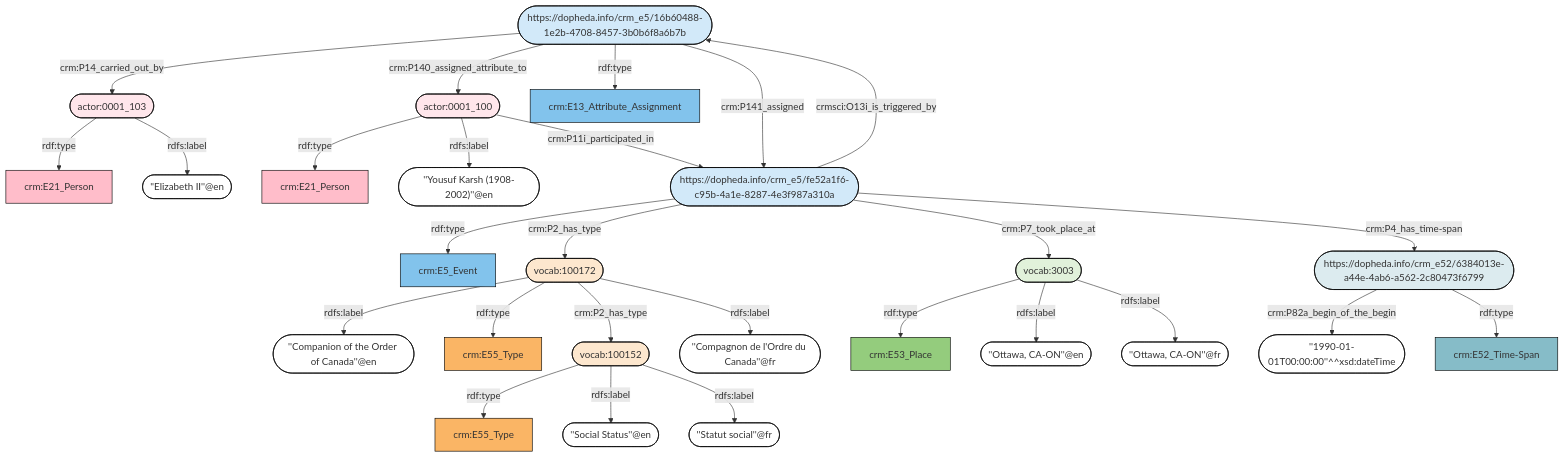
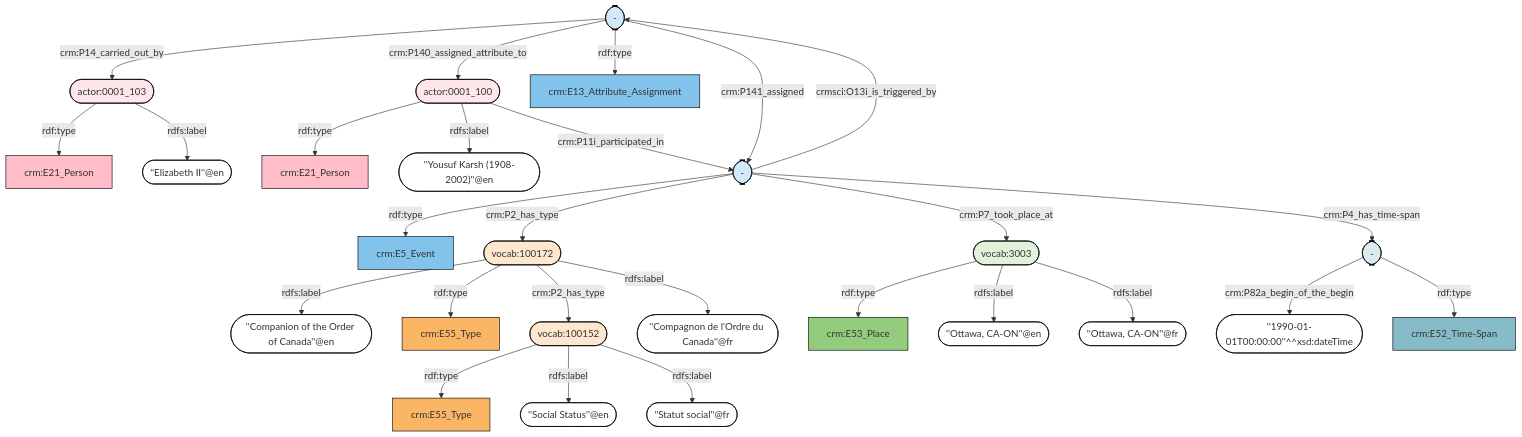
The diagram in docs/examples/mmd/0001_100_social-status.mmd (chin-rcip/collections-model), drawn with Mermaid before and after one commit.

Commit message:
Replace UUID uri with dash for SStatus example 1

```diff
--- a/docs/examples/mmd/0001_100_social-status.mmd
+++ b/docs/examples/mmd/0001_100_social-status.mmd
@@ -1,53 +1,53 @@
 flowchart TD
 classDef Literal fill:#ffffff,stroke:#000000,color:;
 classDef Literal_URI fill:#ffffff,stroke:#000000,color:;
 classDef crm_E1_CRM_Entity fill:#ffffff,stroke:#000000,color:;
 classDef crm_E1_CRM_Entity_URI fill:#ffffff,stroke:#000000,color:;
 classDef crm_E2_Temporal_Entity fill:#82c3ec,stroke:#000000,color:;
 classDef crm_E2_Temporal_Entity_URI fill:#d2e9f9,stroke:#000000,color:;
 classDef crm_E55_Type fill:#fab565,stroke:#000000,color:;
 classDef crm_E55_Type_URI fill:#fde7ce,stroke:#000000,color:;
 classDef crm_E52_Time-Span fill:#86bcc8,stroke:#000000,color:;
 classDef crm_E52_Time-Span_URI fill:#dcebef,stroke:#000000,color:;
 classDef crm_E41_Appellation fill:#fef3ba,stroke:#000000,color:;
 classDef crm_E41_Appellation_URI fill:#fffae6,stroke:#000000,color:;
 classDef crm_E53_Place fill:#94cc7d,stroke:#000000,color:;
 classDef crm_E53_Place_URI fill:#e1f1da,stroke:#000000,color:;
 classDef crm_E77_Persistent_Item fill:#ffffff,stroke:#000000,color:;
 classDef crm_E77_Persistent_Item_URI fill:#ffffff,stroke:#000000,color:;
 classDef crm_E28_Conceptual_Object fill:#fddc34,stroke:#000000,color:;
 classDef crm_E28_Conceptual_Object_URI fill:#fef6cd,stroke:#000000,color:;
 classDef crm_E18_Physical_Thing fill:#e1ba9c,stroke:#000000,color:;
 classDef crm_E18_Physical_Thing_URI fill:#f3e5d8,stroke:#000000,color:;
 classDef crm_E39_Actor fill:#ffbdca,stroke:#000000,color:;
 classDef crm_E39_Actor_URI fill:#ffe6eb,stroke:#000000,color:;
 classDef crm_PC0_Typed_CRM_Property fill:#cc80ff,stroke:#000000,color:;
 classDef crm_PC0_Typed_CRM_Property_URI fill:#ebccff,stroke:#000000,color:;
 classDef Multi fill:#cccccc,stroke:#000000,color:;
 classDef Multi_URI fill:#cccccc,stroke:#000000,color:;
 0(["vocab:100172"]) -->|rdfs:label| 1(["''Companion of the Order of Canada''@en"]):::Literal
-2(["https://dopheda.info/crm_e52/6384013e-a44e-4ab6-a562-2c80473f6799"]) -->|crm:P82a_begin_of_the_begin| 3(["''1990-01-01T00:00:00''^^xsd:dateTime"]):::Literal
+2(["-"]) -->|crm:P82a_begin_of_the_begin| 3(["''1990-01-01T00:00:00''^^xsd:dateTime"]):::Literal
 4(["actor:0001_103"]):::crm_E39_Actor_URI -->|rdf:type| 5["crm:E21_Person"]:::crm_E39_Actor
 6(["vocab:100152"]):::crm_E55_Type_URI -->|rdf:type| 7["crm:E55_Type"]:::crm_E55_Type
 0(["vocab:100172"]):::crm_E55_Type_URI -->|rdf:type| 8["crm:E55_Type"]:::crm_E55_Type
-9(["https://dopheda.info/crm_e5/16b60488-1e2b-4708-8457-3b0b6f8a6b7b"]) -->|crm:P14_carried_out_by| 4(["actor:0001_103"])
+9(["-"]) -->|crm:P14_carried_out_by| 4(["actor:0001_103"])
 10(["vocab:3003"]):::crm_E53_Place_URI -->|rdf:type| 11["crm:E53_Place"]:::crm_E53_Place
-12(["https://dopheda.info/crm_e5/fe52a1f6-c95b-4a1e-8287-4e3f987a310a"]):::crm_E2_Temporal_Entity_URI -->|rdf:type| 13["crm:E5_Event"]:::crm_E2_Temporal_Entity
-12(["https://dopheda.info/crm_e5/fe52a1f6-c95b-4a1e-8287-4e3f987a310a"]) -->|crm:P2_has_type| 0(["vocab:100172"])
+12(["-"]):::crm_E2_Temporal_Entity_URI -->|rdf:type| 13["crm:E5_Event"]:::crm_E2_Temporal_Entity
+12(["-"]) -->|crm:P2_has_type| 0(["vocab:100172"])
 14(["actor:0001_100"]):::crm_E39_Actor_URI -->|rdf:type| 15["crm:E21_Person"]:::crm_E39_Actor
-12(["https://dopheda.info/crm_e5/fe52a1f6-c95b-4a1e-8287-4e3f987a310a"]) -->|crm:P7_took_place_at| 10(["vocab:3003"])
+12(["-"]) -->|crm:P7_took_place_at| 10(["vocab:3003"])
 0(["vocab:100172"]) -->|crm:P2_has_type| 6(["vocab:100152"])
 14(["actor:0001_100"]) -->|rdfs:label| 16(["''Yousuf Karsh (1908-2002)''@en"]):::Literal
 6(["vocab:100152"]) -->|rdfs:label| 17(["''Social Status''@en"]):::Literal
-9(["https://dopheda.info/crm_e5/16b60488-1e2b-4708-8457-3b0b6f8a6b7b"]) -->|crm:P140_assigned_attribute_to| 14(["actor:0001_100"])
+9(["-"]) -->|crm:P140_assigned_attribute_to| 14(["actor:0001_100"])
 0(["vocab:100172"]) -->|rdfs:label| 18(["''Compagnon de l'Ordre du Canada''@fr"]):::Literal
 4(["actor:0001_103"]) -->|rdfs:label| 19(["''Elizabeth II''@en"]):::Literal
 10(["vocab:3003"]) -->|rdfs:label| 20(["''Ottawa, CA-ON''@en"]):::Literal
 10(["vocab:3003"]) -->|rdfs:label| 21(["''Ottawa, CA-ON''@fr"]):::Literal
-12(["https://dopheda.info/crm_e5/fe52a1f6-c95b-4a1e-8287-4e3f987a310a"]) -->|crmsci:O13i_is_triggered_by| 9(["https://dopheda.info/crm_e5/16b60488-1e2b-4708-8457-3b0b6f8a6b7b"])
-9(["https://dopheda.info/crm_e5/16b60488-1e2b-4708-8457-3b0b6f8a6b7b"]):::crm_E2_Temporal_Entity_URI -->|rdf:type| 22["crm:E13_Attribute_Assignment"]:::crm_E2_Temporal_Entity
-14(["actor:0001_100"]) -->|crm:P11i_participated_in| 12(["https://dopheda.info/crm_e5/fe52a1f6-c95b-4a1e-8287-4e3f987a310a"])
-9(["https://dopheda.info/crm_e5/16b60488-1e2b-4708-8457-3b0b6f8a6b7b"]) -->|crm:P141_assigned| 12(["https://dopheda.info/crm_e5/fe52a1f6-c95b-4a1e-8287-4e3f987a310a"])
-12(["https://dopheda.info/crm_e5/fe52a1f6-c95b-4a1e-8287-4e3f987a310a"]) -->|crm:P4_has_time-span| 2(["https://dopheda.info/crm_e52/6384013e-a44e-4ab6-a562-2c80473f6799"])
+12(["-"]) -->|crmsci:O13i_is_triggered_by| 9(["-"])
+9(["-"]):::crm_E2_Temporal_Entity_URI -->|rdf:type| 22["crm:E13_Attribute_Assignment"]:::crm_E2_Temporal_Entity
+14(["actor:0001_100"]) -->|crm:P11i_participated_in| 12(["-"])
+9(["-"]) -->|crm:P141_assigned| 12(["-"])
+12(["-"]) -->|crm:P4_has_time-span| 2(["-"])
 6(["vocab:100152"]) -->|rdfs:label| 23(["''Statut social''@fr"]):::Literal
-2(["https://dopheda.info/crm_e52/6384013e-a44e-4ab6-a562-2c80473f6799"]):::crm_E52_Time-Span_URI -->|rdf:type| 24["crm:E52_Time-Span"]:::crm_E52_Time-Span
+2(["-"]):::crm_E52_Time-Span_URI -->|rdf:type| 24["crm:E52_Time-Span"]:::crm_E52_Time-Span
```
